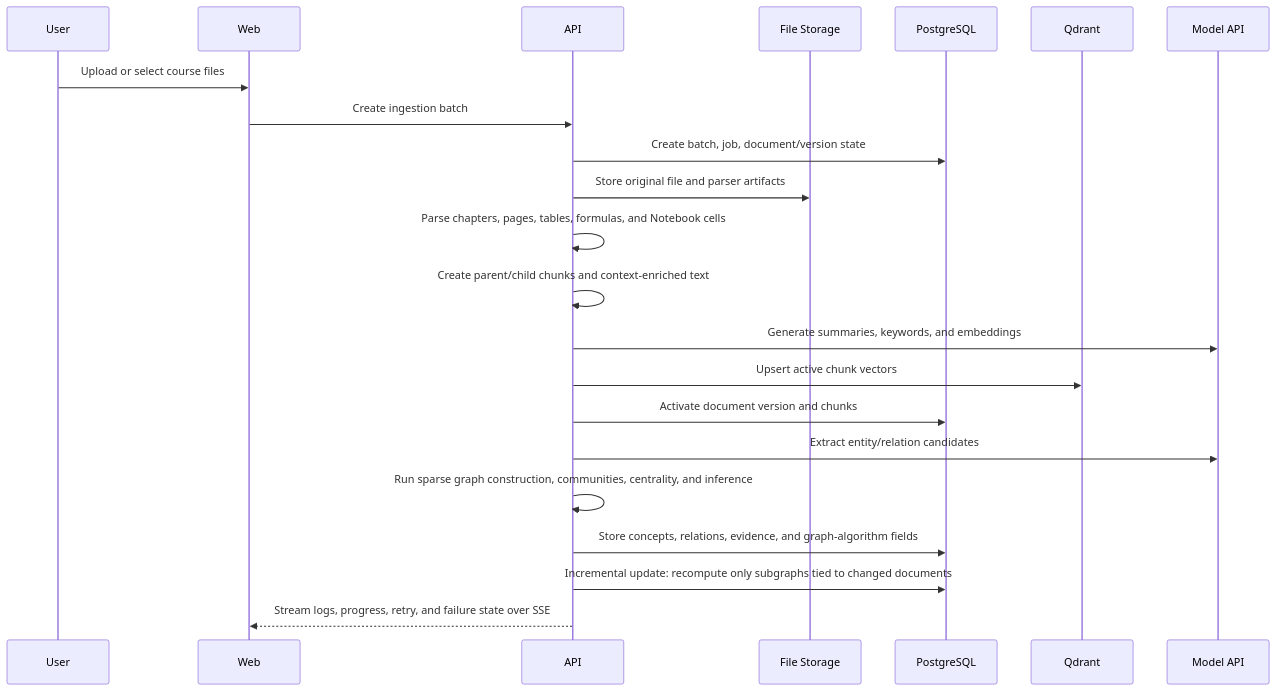
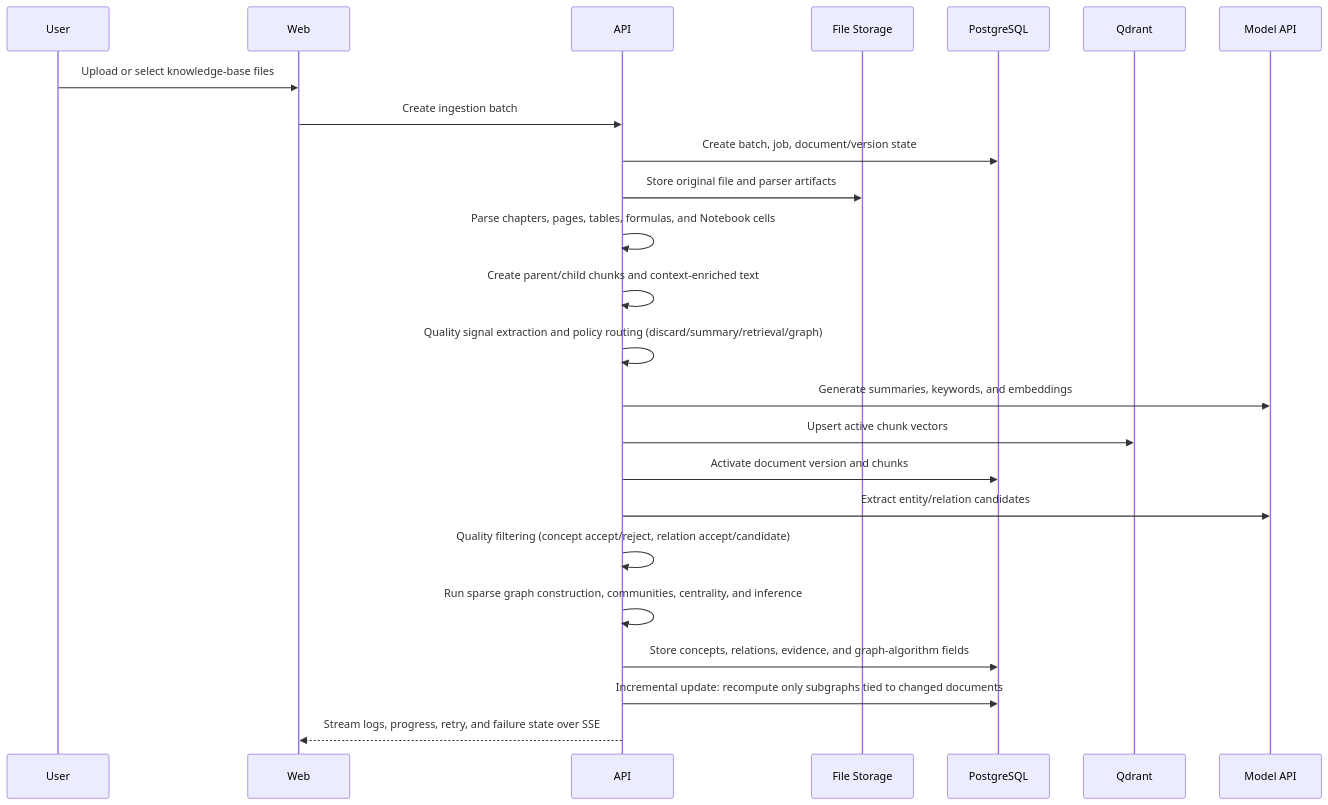
The second of 6 diagrams in README.en.md (Sggggt/DialoGraph), drawn with Mermaid before and after one commit. The commit also changed other lines of this file and 61 other files, not shown here.

Commit message:
v5.0: 重构文件解析和图谱构建的质量系统，问答的Agent系统加强了evidence-first核心思想

````diff
--- a/README.en.md
+++ b/README.en.md
@@ -94,25 +100,27 @@
 ```mermaid
 sequenceDiagram
     participant User
     participant Web
     participant API
     participant Files as File Storage
     participant DB as PostgreSQL
     participant Vector as Qdrant
     participant Model as Model API
 
-    User->>Web: Upload or select course files
+    User->>Web: Upload or select knowledge-base files
     Web->>API: Create ingestion batch
     API->>DB: Create batch, job, document/version state
     API->>Files: Store original file and parser artifacts
     API->>API: Parse chapters, pages, tables, formulas, and Notebook cells
     API->>API: Create parent/child chunks and context-enriched text
+    API->>API: Quality signal extraction and policy routing (discard/summary/retrieval/graph)
     API->>Model: Generate summaries, keywords, and embeddings
     API->>Vector: Upsert active chunk vectors
     API->>DB: Activate document version and chunks
     API->>Model: Extract entity/relation candidates
+    API->>API: Quality filtering (concept accept/reject, relation accept/candidate)
     API->>API: Run sparse graph construction, communities, centrality, and inference
     API->>DB: Store concepts, relations, evidence, and graph-algorithm fields
     API->>DB: Incremental update: recompute only subgraphs tied to changed documents
     API-->>Web: Stream logs, progress, retry, and failure state over SSE
 ```
````
